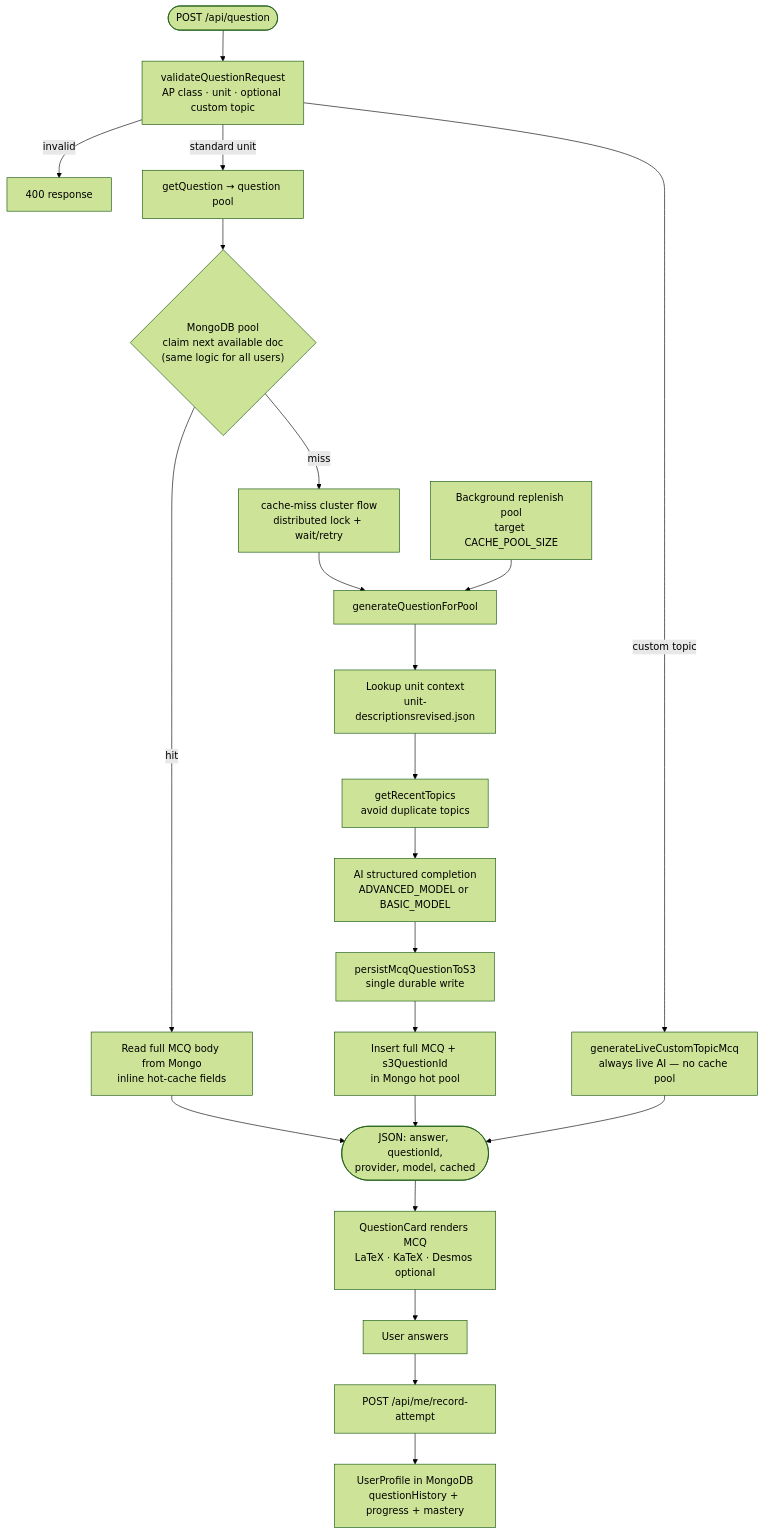
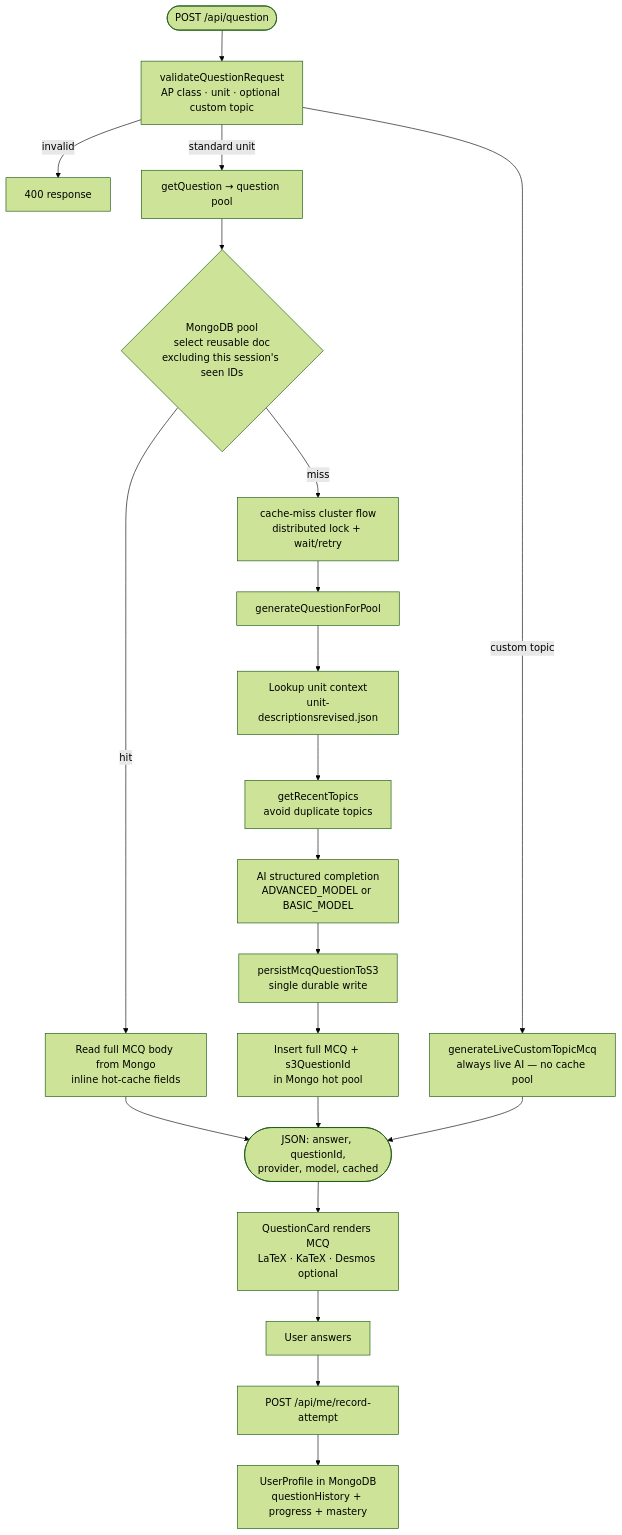
Before and after one commit to 5cisummai/freeappractice: the fourth of 7 diagrams in docs/architecture.md, drawn with Mermaid (forest theme). The commit also changed other lines of this file and 27 other files, not shown here.

````diff
--- a/docs/architecture.md
+++ b/docs/architecture.md
@@ -157,28 +151,27 @@
 ```mermaid
 flowchart TD
     Start(["POST /api/question"]) --> Validate["validateQuestionRequest<br/>AP class · unit · optional custom topic"]
     Validate -->|invalid| Err400["400 response"]
     Validate -->|custom topic| Live["generateLiveCustomTopicMcq<br/>always live AI — no cache pool"]
     Validate -->|standard unit| Pool["getQuestion → question pool"]
 
-    Pool --> Claim{"MongoDB pool<br/>claim next available doc<br/>(same logic for all users)"}
-    Claim -->|hit| LoadInline["Read full MCQ body from Mongo<br/>inline hot-cache fields"]
-    Claim -->|miss| MissFlow["cache-miss cluster flow<br/>distributed lock + wait/retry"]
+    Pool --> Select{"MongoDB pool<br/>select reusable doc<br/>excluding this session's seen IDs"}
+    Select -->|hit| LoadInline["Read full MCQ body from Mongo<br/>inline hot-cache fields"]
+    Select -->|miss| MissFlow["cache-miss cluster flow<br/>distributed lock + wait/retry"]
     MissFlow --> GenPool["generateQuestionForPool"]
 
-    Replenish["Background replenish pool<br/>target CACHE_POOL_SIZE"] --> GenPool
     GenPool --> UnitCtx["Lookup unit context<br/>unit-descriptionsrevised.json"]
     UnitCtx --> Recent["getRecentTopics<br/>avoid duplicate topics"]
     Recent --> AI["AI structured completion<br/>ADVANCED_MODEL or BASIC_MODEL"]
     AI --> S3Write["persistMcqQuestionToS3<br/>single durable write"]
     S3Write --> HotDoc["Insert full MCQ + s3QuestionId<br/>in Mongo hot pool"]
 
     LoadInline --> Return(["JSON: answer, questionId,<br/>provider, model, cached"])
     HotDoc --> Return
     Live --> Return
 
     Return --> UI["QuestionCard renders MCQ<br/>LaTeX · KaTeX · Desmos optional"]
     UI --> Attempt["User answers"]
     Attempt --> Record["POST /api/me/record-attempt"]
     Record --> Profile["UserProfile in MongoDB<br/>questionHistory + progress + mastery"]
 ```
````
